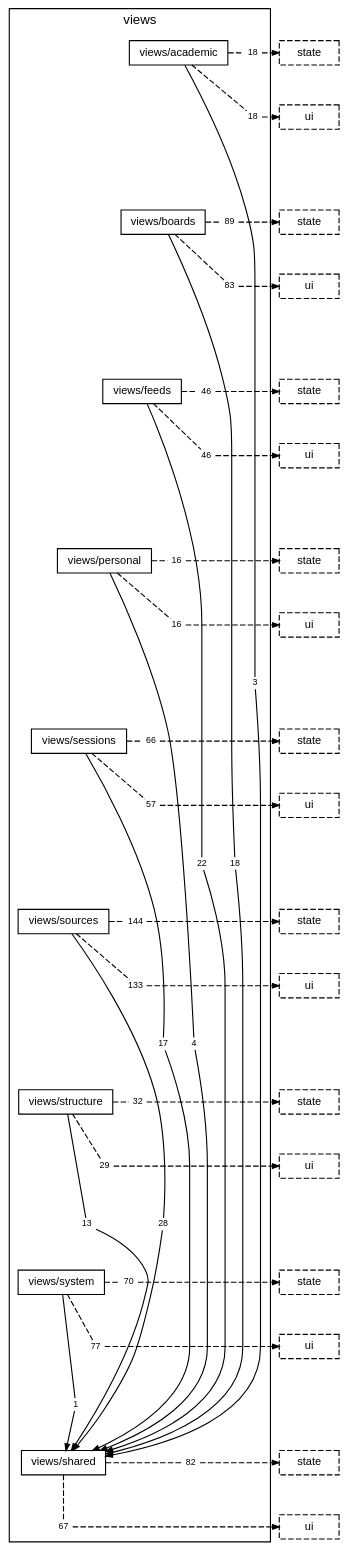
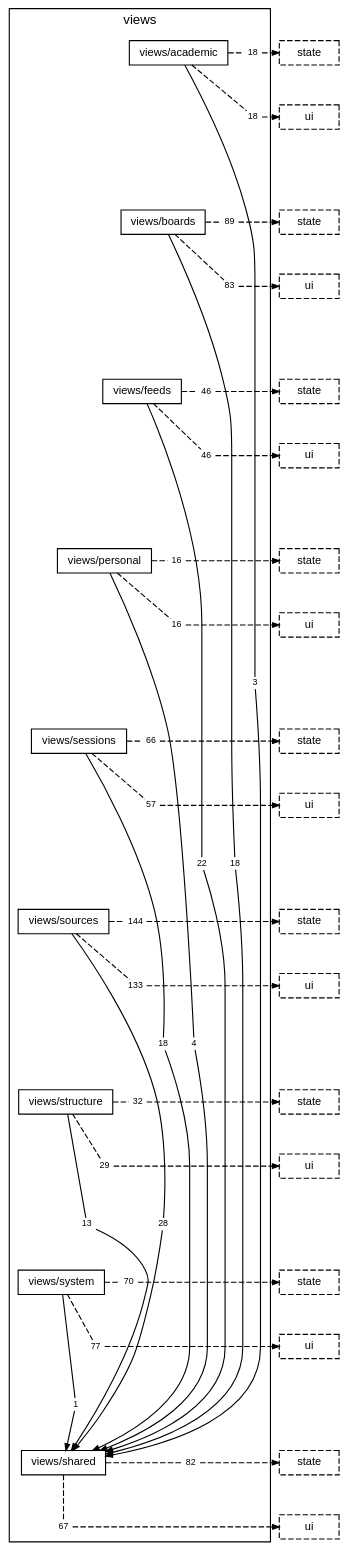
One commit to TheAxeC/oculus changed the diagram in docs/diagrams/layer-views.dot. Above: the diagram before and after it, drawn with Graphviz. The commit also changed 4 other files, not shown here.

```diff
--- a/docs/diagrams/layer-views.dot
+++ b/docs/diagrams/layer-views.dot
@@ -25,7 +25,7 @@
         "folder views/personal to folder views/shared" [label="4", shape=box, color="transparent", fontsize=8, width=0, height=0, margin="0.04,0.02"];
         "folder views/personal to layer state" [label="16", shape=box, color="transparent", fontsize=8, width=0, height=0, margin="0.04,0.02"];
         "folder views/personal to layer ui" [label="16", shape=box, color="transparent", fontsize=8, width=0, height=0, margin="0.04,0.02"];
-        "folder views/sessions to folder views/shared" [label="17", shape=box, color="transparent", fontsize=8, width=0, height=0, margin="0.04,0.02"];
+        "folder views/sessions to folder views/shared" [label="18", shape=box, color="transparent", fontsize=8, width=0, height=0, margin="0.04,0.02"];
         "folder views/sessions to layer state" [label="66", shape=box, color="transparent", fontsize=8, width=0, height=0, margin="0.04,0.02"];
         "folder views/sessions to layer ui" [label="57", shape=box, color="transparent", fontsize=8, width=0, height=0, margin="0.04,0.02"];
         "folder views/sources to folder views/shared" [label="28", shape=box, color="transparent", fontsize=8, width=0, height=0, margin="0.04,0.02"];
```
